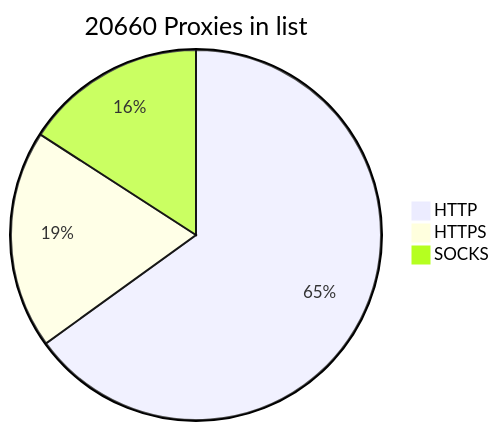
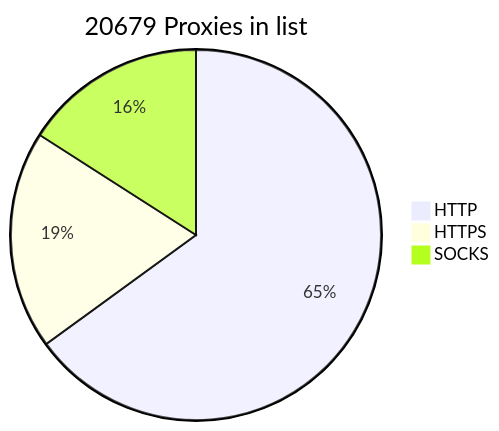
One commit to BlackSnowDot/proxylist-update-every-minute changed the diagram in README.md. Above: the diagram before and after it, drawn with Mermaid. The commit also changed other lines of this file, not shown here.

````diff
--- a/README.md
+++ b/README.md
@@ -2,6 +2,6 @@
 ```mermaid
-pie title 20660 Proxies in list
+pie title 20679 Proxies in list
     "HTTP" : 15180
-    "HTTPS": 4456
-    "SOCKS" : 3704
+    "HTTPS": 4457
+    "SOCKS" : 3723
 ```
````
